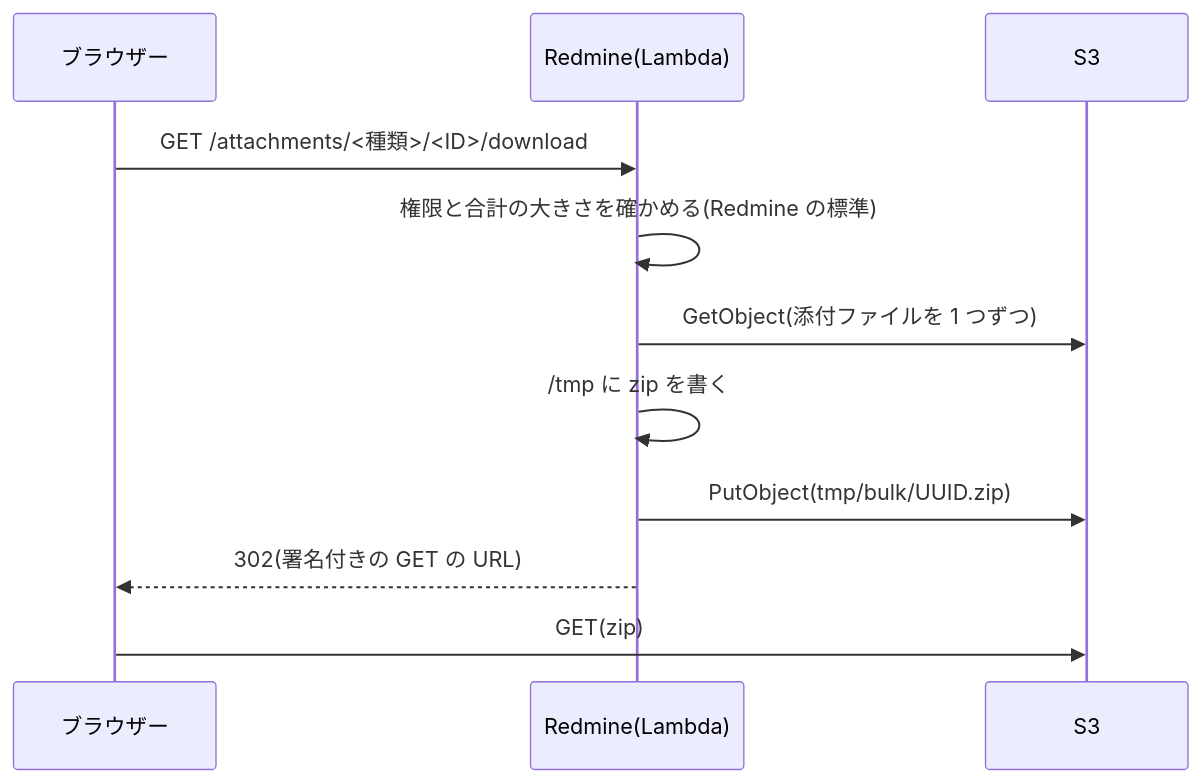
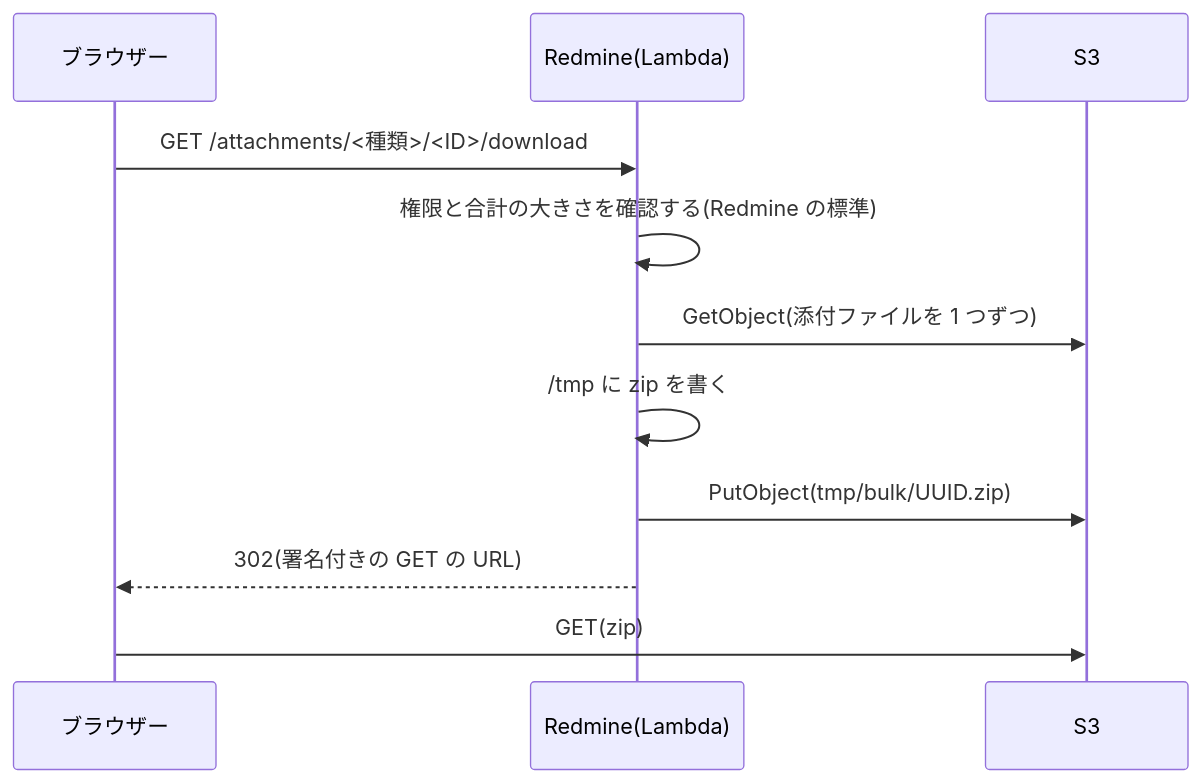
Before and after one commit to redmine-kit/redmine_serverless: the second of 2 diagrams in docs/ja/attachments.md, drawn with Mermaid. The commit also changed other lines of this file and 1 other file, not shown here.

````diff
--- a/docs/ja/attachments.md
+++ b/docs/ja/attachments.md
@@ -161,13 +161,13 @@
 ```mermaid
 sequenceDiagram
   participant B as ブラウザー
   participant R as Redmine(Lambda)
   participant S as S3
   B->>R: GET /attachments/<種類>/<ID>/download
-  R->>R: 権限と合計の大きさを確かめる(Redmine の標準)
+  R->>R: 権限と合計の大きさを確認する(Redmine の標準)
   R->>S: GetObject(添付ファイルを 1 つずつ)
   R->>R: /tmp に zip を書く
   R->>S: PutObject(tmp/bulk/UUID.zip)
   R-->>B: 302(署名付きの GET の URL)
   B->>S: GET(zip)
 ```
````
